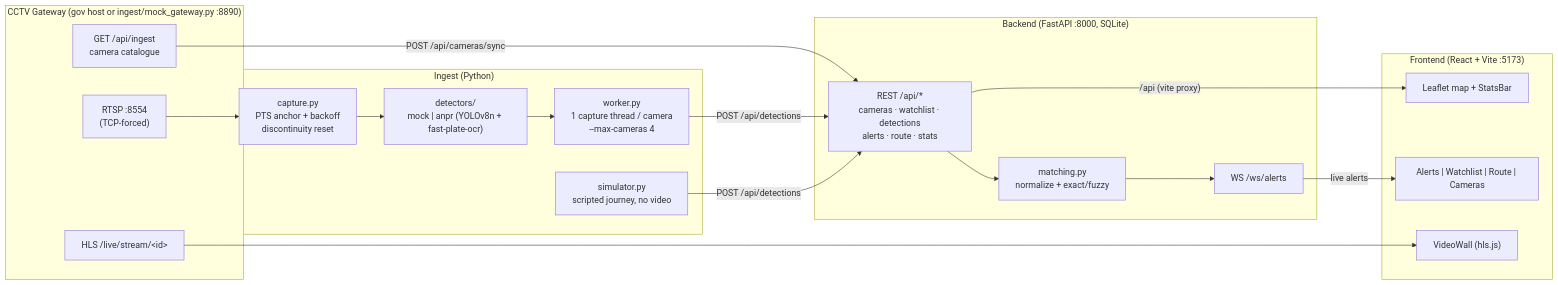
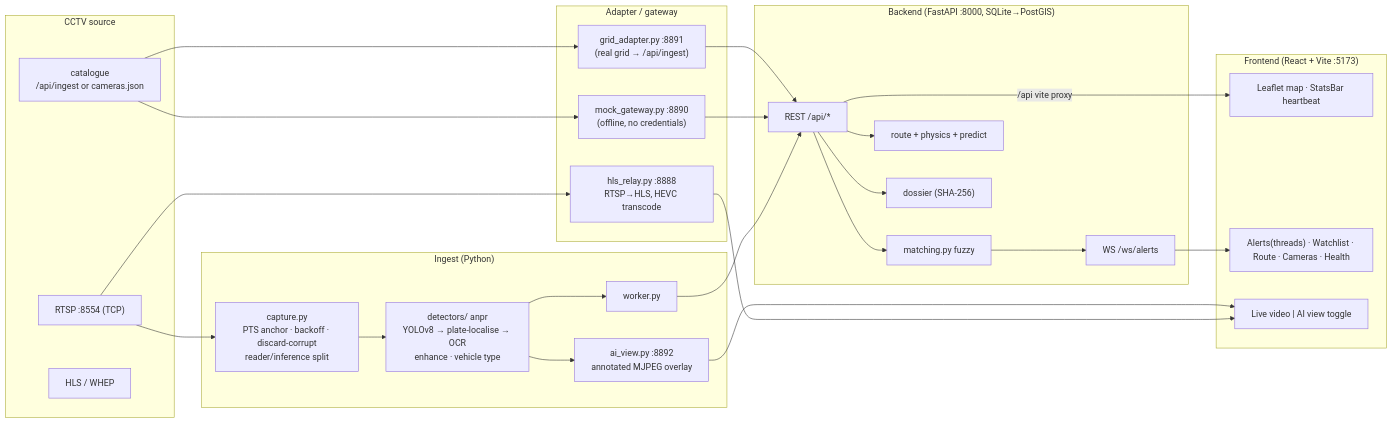
One commit to DIVIJ08070/sentinal changed the diagram in README.md. Above: the diagram before and after it, drawn with Mermaid. The commit also changed other lines of this file, not shown here.

Commit message:
README: rewrite for the full platform (real grid, AI view, plate enhancement, vehicle type, intercept prediction, alert threads, re-scan, relay, health heartbeat) + paste-ready AI-agent run prompt at the end

````diff
--- a/README.md
+++ b/README.md
@@ -50,37 +66,40 @@
 ```mermaid
 flowchart LR
-  subgraph GW["CCTV Gateway (gov host or ingest/mock_gateway.py :8890)"]
-    CAT["GET /api/ingest<br/>camera catalogue"]
-    RTSP["RTSP :8554<br/>(TCP-forced)"]
-    HLS["HLS /live/stream/&lt;id&gt;"]
+  subgraph GW["CCTV source"]
+    CAT["catalogue<br/>/api/ingest or cameras.json"]
+    RTSP["RTSP :8554 (TCP)"]
+    HLSG["HLS / WHEP"]
   end
-
+  subgraph ADP["Adapter / gateway"]
+    AD["grid_adapter.py :8891<br/>(real grid → /api/ingest)"]
+    MG["mock_gateway.py :8890<br/>(offline, no credentials)"]
+    RLY["hls_relay.py :8888<br/>RTSP→HLS, HEVC transcode"]
+  end
   subgraph ING["Ingest (Python)"]
-    WK["worker.py<br/>1 capture thread / camera<br/>--max-cameras 4"]
-    CP["capture.py<br/>PTS anchor + backoff<br/>discontinuity reset"]
-    DET["detectors/<br/>mock | anpr (YOLOv8n + fast-plate-ocr)"]
-    SIM["simulator.py<br/>scripted journey, no video"]
+    CP["capture.py<br/>PTS anchor · backoff · discard-corrupt<br/>reader/inference split"]
+    DET["detectors/ anpr<br/>YOLOv8 → plate-localise → OCR<br/>enhance · vehicle type"]
+    AIV["ai_view.py :8892<br/>annotated MJPEG overlay"]
+    WK["worker.py"]
   end
-
-  subgraph BE["Backend (FastAPI :8000, SQLite)"]
-    API["REST /api/*<br/>cameras · watchlist · detections<br/>alerts · route · stats"]
-    MATCH["matching.py<br/>normalize + exact/fuzzy"]
+  subgraph BE["Backend (FastAPI :8000, SQLite→PostGIS)"]
+    API["REST /api/*"]
+    MATCH["matching.py fuzzy"]
+    ROUTE["route + physics + predict"]
+    DOSS["dossier (SHA-256)"]
     WS["WS /ws/alerts"]
   end
-
   subgraph FE["Frontend (React + Vite :5173)"]
-    MAP["Leaflet map + StatsBar"]
-    PANELS["Alerts | Watchlist | Route | Cameras"]
-    WALL["VideoWall (hls.js)"]
+    MAP["Leaflet map · StatsBar heartbeat"]
+    PANELS["Alerts(threads) · Watchlist · Route · Cameras · Health"]
+    STREAM["Live video | AI view toggle"]
   end
-
-  CAT -->|"POST /api/cameras/sync"| API
-  RTSP --> CP
-  CP --> DET --> WK
-  WK -->|"POST /api/detections"| API
-  SIM -->|"POST /api/detections"| API
-  API --> MATCH --> WS
-  WS -->|live alerts| PANELS
-  API -->|"/api (vite proxy)"| MAP
-  HLS --> WALL
+  CAT --> AD --> API
+  CAT --> MG --> API
+  RTSP --> CP --> DET --> WK --> API
+  DET --> AIV --> STREAM
+  RTSP --> RLY --> STREAM
+  API --> MATCH --> WS --> PANELS
+  API --> ROUTE
+  API --> DOSS
+  API -->|/api vite proxy| MAP
 ```
````
